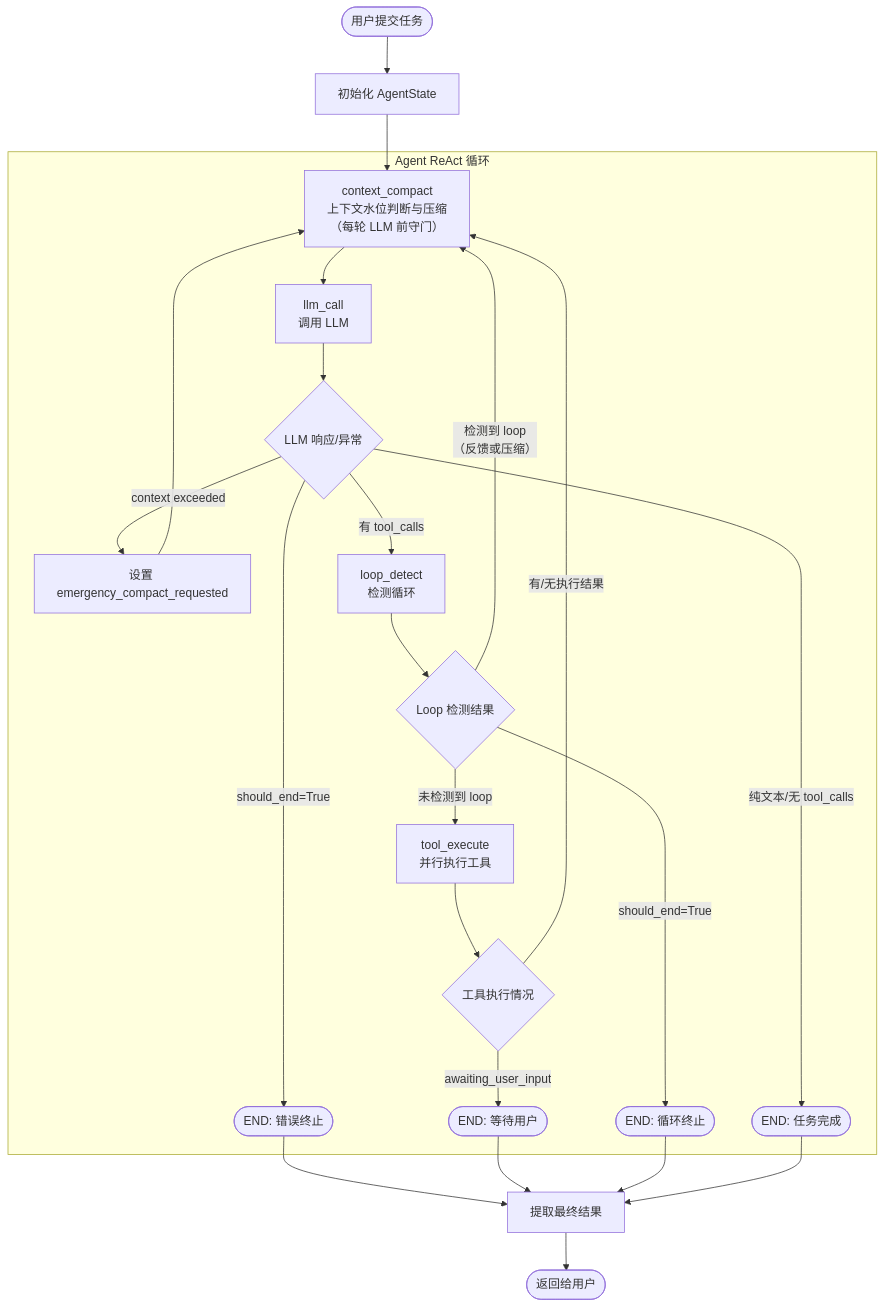
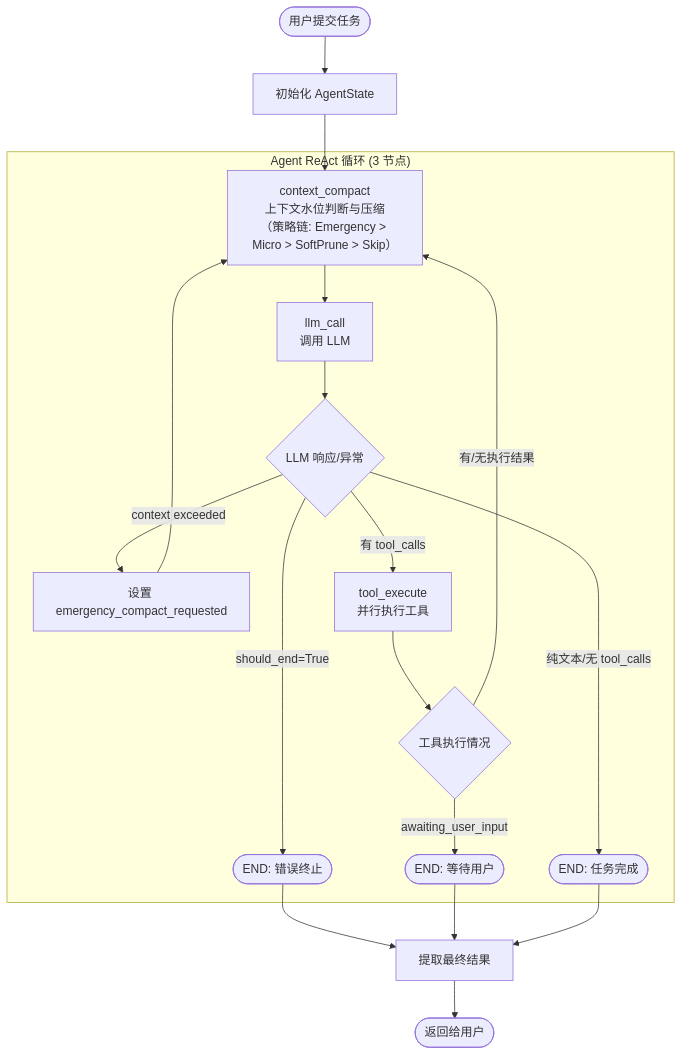
One commit to solarest/yanyun-agent changed the first of 4 diagrams in design/3_agent-loop-design.md. Above: the diagram before and after it, drawn with Mermaid. The commit also changed other lines of this file and 36 other files, not shown here.

First line of the commit message:
refactor: overhaul agent loop architecture for improved readability and extensibility

````diff
--- a/design/3_agent-loop-design.md
+++ b/design/3_agent-loop-design.md
@@ -66,34 +62,28 @@
 ```mermaid
 flowchart TD
     Start([用户提交任务]) --> InitState[初始化 AgentState]
     InitState --> context_compact
     
-    subgraph AgentLoop["Agent ReAct 循环"]
-        context_compact["context_compact\n上下文水位判断与压缩\n（每轮 LLM 前守门）"]
+    subgraph AgentLoop["Agent ReAct 循环 (3 节点)"]
+        context_compact["context_compact\n上下文水位判断与压缩\n（策略链: Emergency > Micro > SoftPrune > Skip）"]
         context_compact --> llm_call["llm_call\n调用 LLM"]
         
         llm_call --> CheckLLM{LLM 响应/异常}
         CheckLLM -->|context exceeded| EmergencyRoute[设置 emergency_compact_requested]
         CheckLLM -->|should_end=True| End1([END: 错误终止])
-        CheckLLM -->|有 tool_calls| loop_detect["loop_detect\n检测循环"]
+        CheckLLM -->|有 tool_calls| tool_execute["tool_execute\n并行执行工具"]
         CheckLLM -->|纯文本/无 tool_calls| End5([END: 任务完成])
-        
-        loop_detect --> CheckLoop{Loop 检测结果}
-        CheckLoop -->|未检测到 loop| tool_execute["tool_execute\n并行执行工具"]
-        CheckLoop -->|检测到 loop<br/>（反馈或压缩）| context_compact
-        CheckLoop -->|should_end=True| End3([END: 循环终止])
         
         EmergencyRoute --> context_compact
         
         tool_execute --> CheckTool{工具执行情况}
         CheckTool -->|awaiting_user_input| End2([END: 等待用户])
         CheckTool -->|有/无执行结果| context_compact
     end
     
     End1 --> FinalResult[提取最终结果]
     End2 --> FinalResult
-    End3 --> FinalResult
     End5 --> FinalResult
     
     FinalResult --> EndAll([返回给用户])
 ```
````
